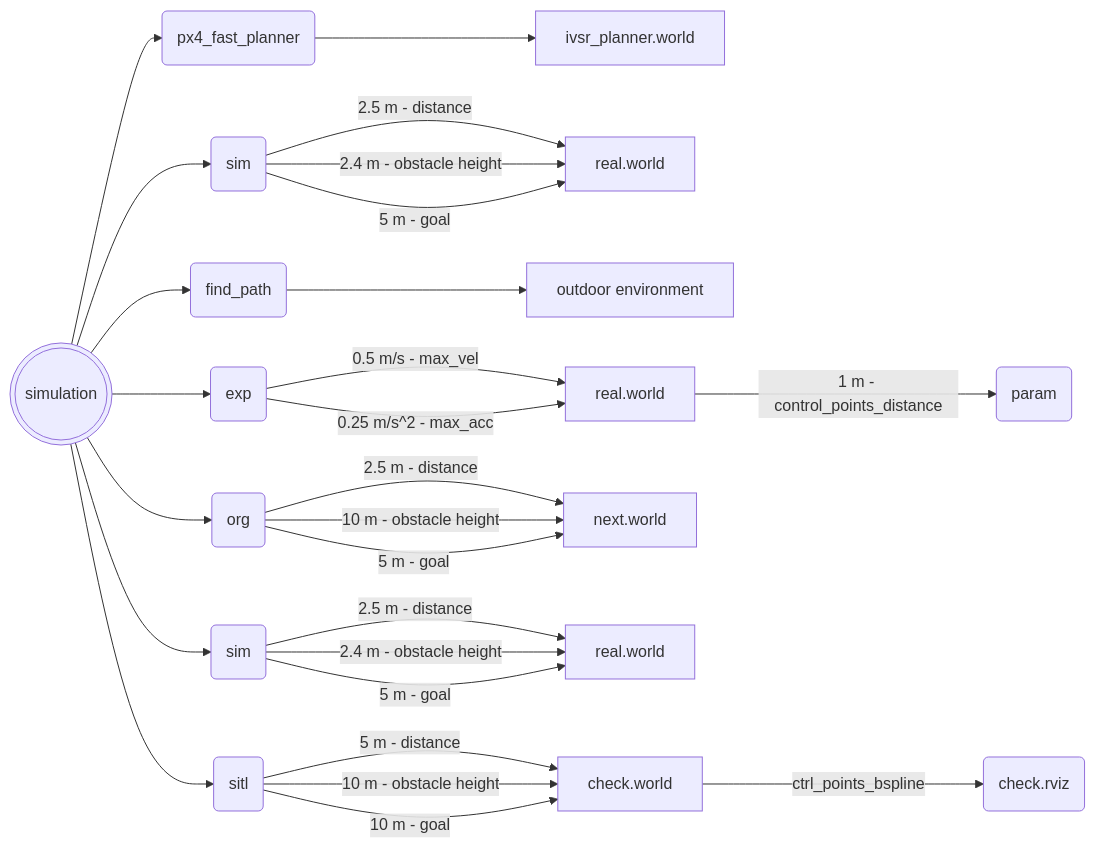
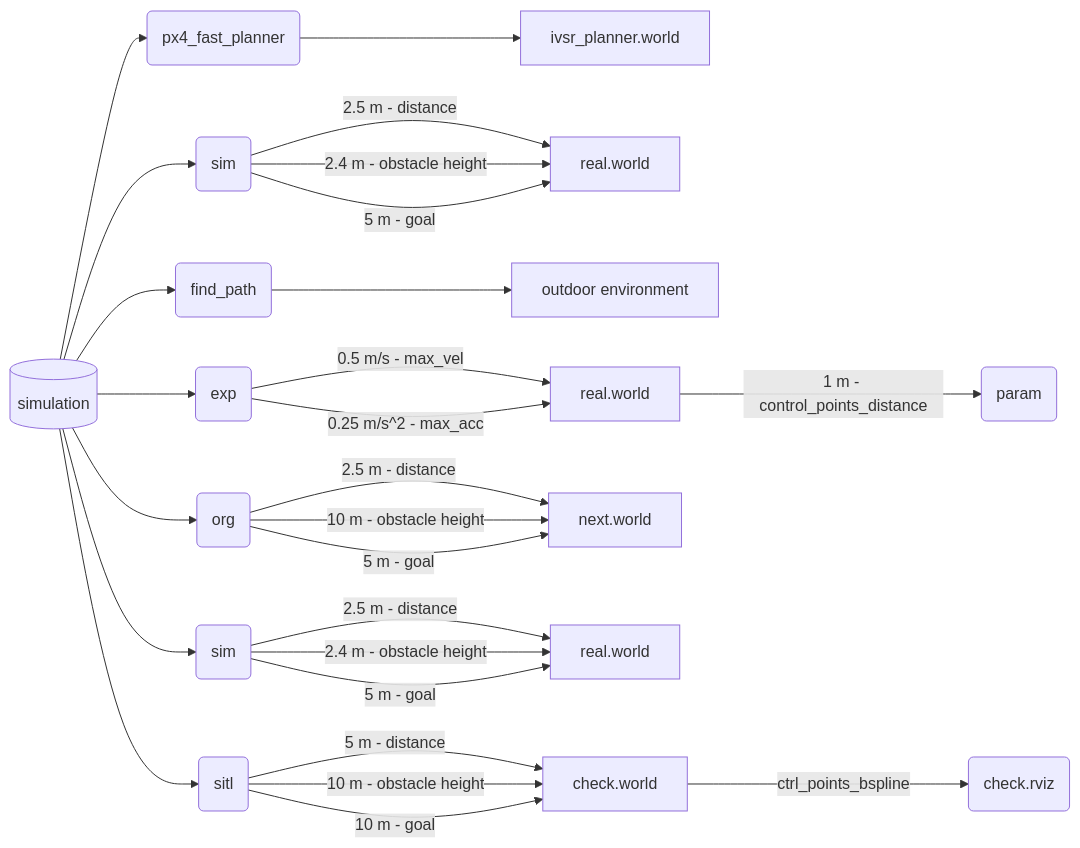
The second of 4 diagrams in sp_code/system.md (Dieptranivsr/drone_extend), drawn with Mermaid before and after one commit.

````diff
--- a/sp_code/system.md
+++ b/sp_code/system.md
@@ -8,29 +8,29 @@
 ```mermaid
 flowchart LR 
 
-A(((simulation))) --> B(px4_fast_planner)
+A[(simulation)] --> B(px4_fast_planner)
 B --> C[ivsr_planner.world]
 A --> D(sim)
 D -->|2.5 m - distance| E[real.world]
 D -->|2.4 m - obstacle height| E
 D -->|5 m - goal| E
 A --> F(find_path)
 F --> G[outdoor environment]
 A --> H(exp)
 H -->|0.5 m/s - max_vel| I[real.world]
 H -->|0.25 m/s^2 - max_acc| I
 I -->|1 m - control_points_distance| II(param)
 A --> J(org)
 J -->|2.5 m - distance| K[next.world]
 J -->|10 m - obstacle height| K
 J -->|5 m - goal| K
 A --> L(sim)
 L -->|2.5 m - distance| LL[real.world]
 L -->|2.4 m - obstacle height| LL
 L -->|5 m - goal| LL
 A --> M(sitl)
 M -->|5 m - distance| N[check.world]
 M -->|10 m - obstacle height| N
 M -->|10 m - goal| N
 N -->|ctrl_points_bspline| NN(check.rviz)
 ```
````
